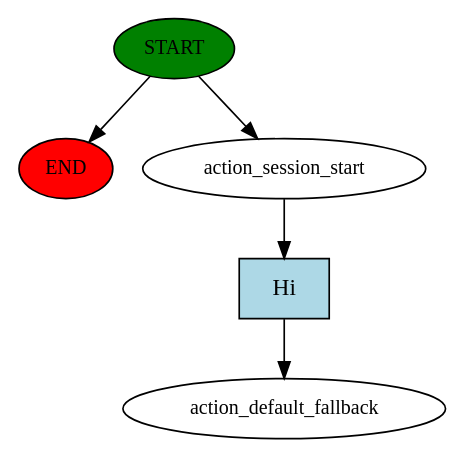
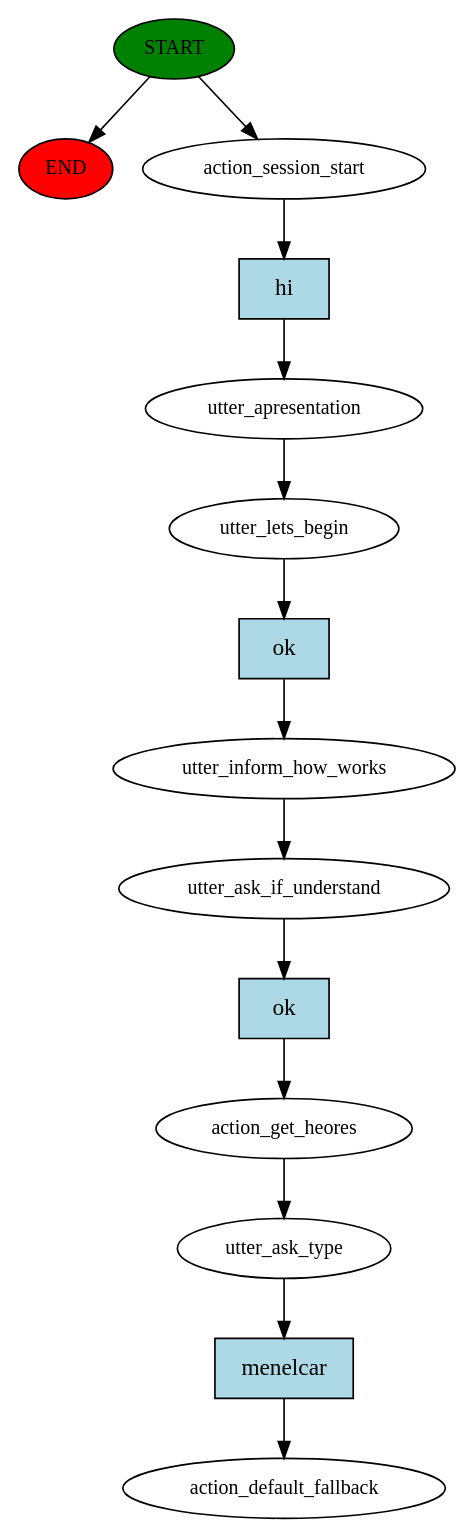
Before and after one commit to rafaelmauricioaraujo/lotrbot: the diagram in story_graph.dot, drawn with Graphviz. The commit also changed 5 other files, not shown here.

```diff
--- a/story_graph.dot
+++ b/story_graph.dot
@@ -1,11 +1,29 @@
 digraph  {
 0 [class="start active", fillcolor=green, fontsize=12, label=START, style=filled];
 "-1" [class=end, fillcolor=red, fontsize=12, label=END, style=filled];
 1 [class=active, fontsize=12, label=action_session_start];
-2 [class="dashed active", fontsize=12, label=action_default_fallback];
-3 [class="intent active", fillcolor=lightblue, label=Hi, shape=rect, style=filled];
+2 [class=active, fontsize=12, label=utter_apresentation];
+3 [class=active, fontsize=12, label=utter_lets_begin];
+4 [class=active, fontsize=12, label=utter_inform_how_works];
+5 [class=active, fontsize=12, label=utter_ask_if_understand];
+6 [class=active, fontsize=12, label=action_get_heores];
+7 [class=active, fontsize=12, label=utter_ask_type];
+8 [class="dashed active", fontsize=12, label=action_default_fallback];
+9 [class="intent active", fillcolor=lightblue, label=hi, shape=rect, style=filled];
+10 [class="intent active", fillcolor=lightblue, label=ok, shape=rect, style=filled];
+11 [class="intent active", fillcolor=lightblue, label=ok, shape=rect, style=filled];
+12 [class="intent active", fillcolor=lightblue, label=menelcar, shape=rect, style=filled];
 0 -> "-1"  [class="", key=NONE, label=""];
 0 -> 1  [class=active, key=NONE, label=""];
-1 -> 3  [class=active, key=0];
-3 -> 2  [class=active, key=0];
+1 -> 9  [class=active, key=0];
+2 -> 3  [class=active, key=NONE, label=""];
+3 -> 10  [class=active, key=0];
+4 -> 5  [class=active, key=NONE, label=""];
+5 -> 11  [class=active, key=0];
+6 -> 7  [class=active, key=NONE, label=""];
+7 -> 12  [class=active, key=0];
+9 -> 2  [class=active, key=0];
+10 -> 4  [class=active, key=0];
+11 -> 6  [class=active, key=0];
+12 -> 8  [class=active, key=0];
 }
```
